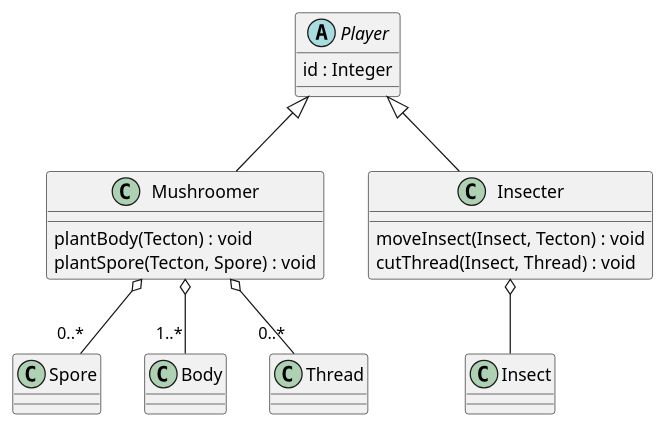
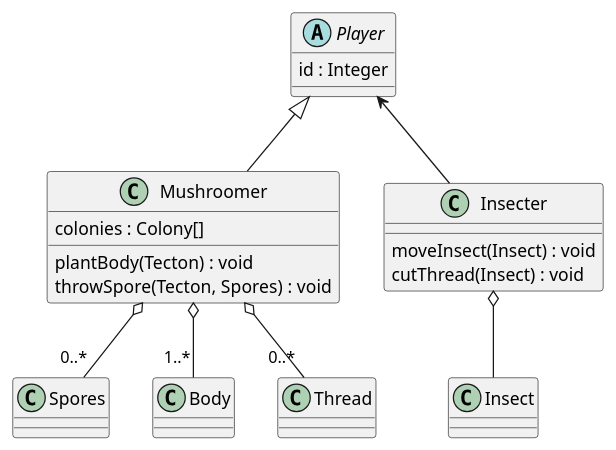
The diagram in 3/classes/player.puml (Petya-G/fungorium), drawn with PlantUML before and after one commit. The commit also changed 6 other files, not shown here.

```diff
--- a/3/classes/player.puml
+++ b/3/classes/player.puml
@@ -1,21 +1,22 @@
 @startuml player
 abstract class Player{
     id : Integer
 }
 
 Player <|-- Mushroomer
-Mushroomer o-- "0..*" Spore
+Mushroomer o-- "0..*" Spores
 Mushroomer o-- "1..*" Body
 Mushroomer o-- "0..*" Thread
 class Mushroomer{
+    colonies : Colony[]
     plantBody(Tecton) : void
-    plantSpore(Tecton, Spore) : void
+    throwSpore(Tecton, Spores) : void
 }
 
-Player <|-- Insecter
+Player <-- Insecter
 Insecter o-- Insect
 class Insecter{
-    moveInsect(Insect, Tecton) : void
-    cutThread(Insect, Thread) : void
+    moveInsect(Insect) : void
+    cutThread(Insect) : void
 }
 @enduml
```
